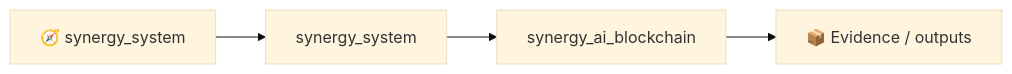
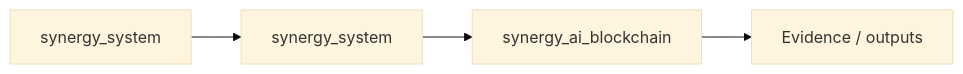
The first of 2 diagrams in README.md (Shtenco/synergy_ai_blockchain), drawn with Mermaid (base theme) before and after one commit. The commit also changed other lines of this file, not shown here.

````diff
--- a/README.md
+++ b/README.md
@@ -61,6 +61,6 @@
 ```mermaid
 flowchart LR
-    SYS[🧭 synergy_system] --> P[synergy_system]
+    SYS[ synergy_system] --> P[synergy_system]
     P --> THIS[synergy_ai_blockchain]
-    THIS --> E[📦 Evidence / outputs]
+    THIS --> E[ Evidence / outputs]
 ```
````
